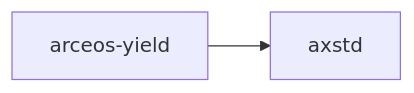
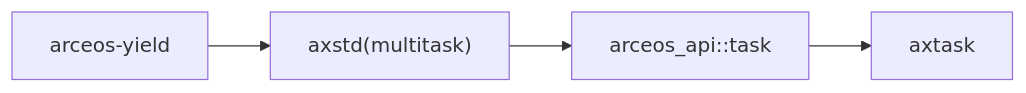
The second of 2 diagrams in docs/crates/arceos-yield.md (rcore-os/tgoskits), drawn with Mermaid before and after one commit. The commit also changed other lines of this file and 99 other files, not shown here.

````diff
--- a/docs/crates/arceos-yield.md
+++ b/docs/crates/arceos-yield.md
@@ -32,5 +79,6 @@
 ```mermaid
 graph LR
-    current["arceos-yield"]
-    current --> axstd["axstd"]
+    test["arceos-yield"] --> axstd["axstd(multitask)"]
+    axstd --> arceos_api["arceos_api::task"]
+    arceos_api --> axtask["axtask"]
 ```
````
